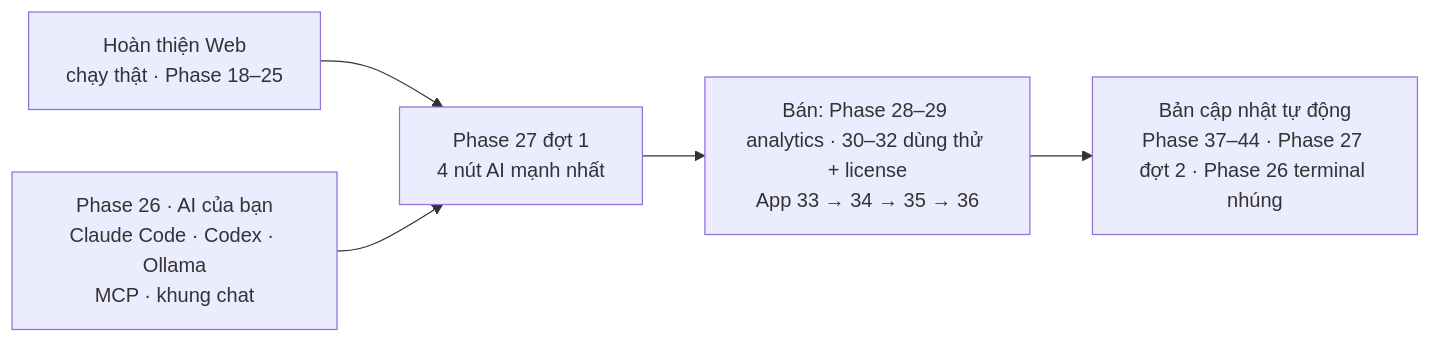
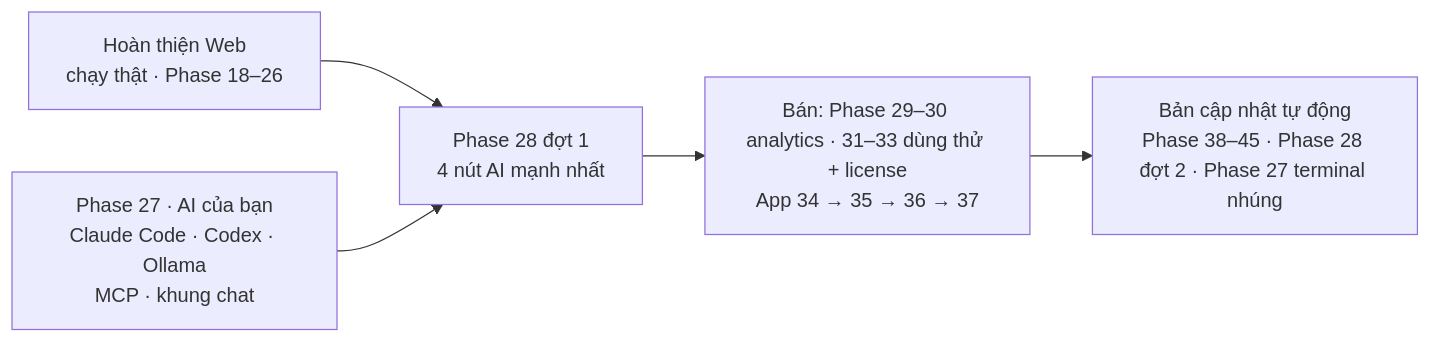
Before and after one commit to nvminhtu/niche-radar-docs: the diagram in docs/app/plan-ban-app.md, drawn with Mermaid. The commit also changed other lines of this file and 384 other files, not shown here.

````diff
--- a/docs/app/plan-ban-app.md
+++ b/docs/app/plan-ban-app.md
@@ -17,7 +17,7 @@
 ```mermaid
 flowchart LR
-  HW[Hoàn thiện Web<br/>chạy thật · Phase 18–25] --> P27
-  P26[Phase 26 · AI của bạn<br/>Claude Code · Codex · Ollama<br/>MCP · khung chat] --> P27[Phase 27 đợt 1<br/>4 nút AI mạnh nhất]
-  P27 --> SELL[Bán: Phase 28–29 analytics · 30–32 dùng thử + license<br/>App 33 → 34 → 35 → 36]
-  SELL --> UPD[Bản cập nhật tự động<br/>Phase 37–44 · Phase 27 đợt 2 · Phase 26 terminal nhúng]
+  HW[Hoàn thiện Web<br/>chạy thật · Phase 18–26] --> P28
+  P27[Phase 27 · AI của bạn<br/>Claude Code · Codex · Ollama<br/>MCP · khung chat] --> P28[Phase 28 đợt 1<br/>4 nút AI mạnh nhất]
+  P28 --> SELL[Bán: Phase 29–30 analytics · 31–33 dùng thử + license<br/>App 34 → 35 → 36 → 37]
+  SELL --> UPD[Bản cập nhật tự động<br/>Phase 38–45 · Phase 28 đợt 2 · Phase 27 terminal nhúng]
 ```
````
